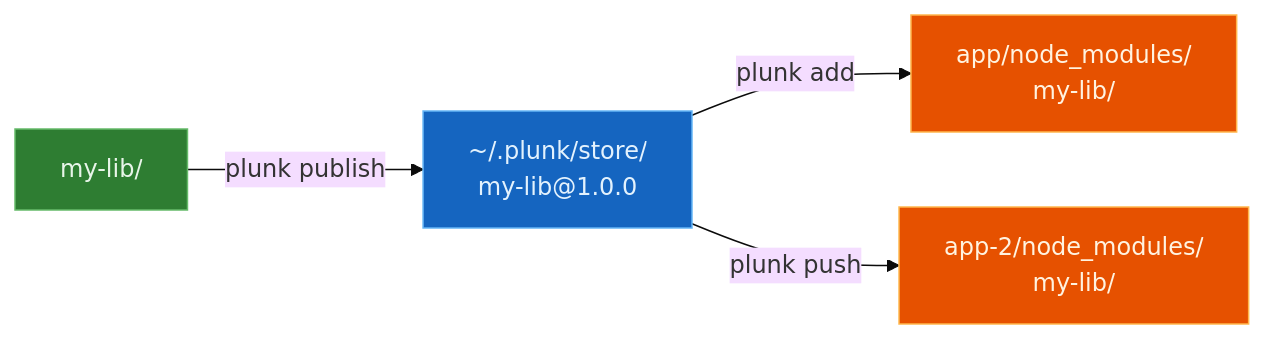
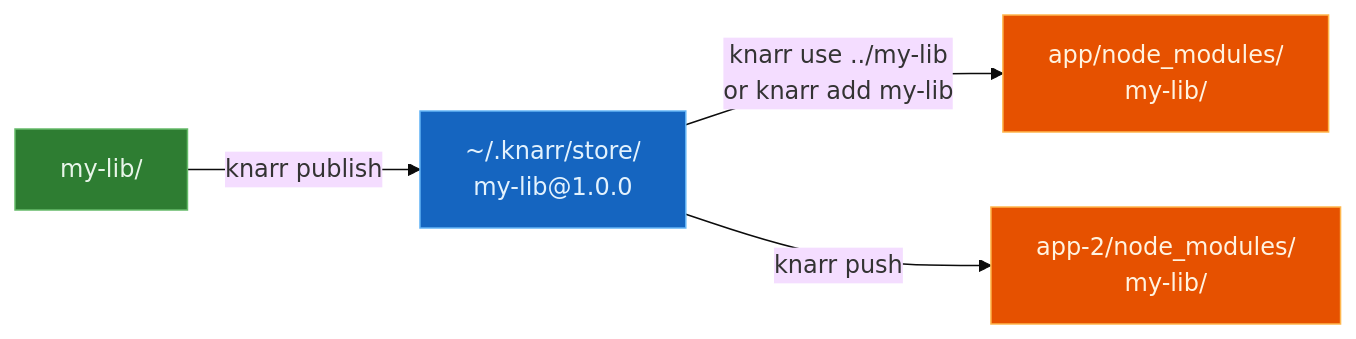
Before and after one commit to oleg-kuibar/plunk: the diagram in README.md, drawn with Mermaid (base theme). The commit also changed other lines of this file and 135 other files, not shown here.

````diff
--- a/README.md
+++ b/README.md
@@ -36,11 +84,11 @@
 ```mermaid
 graph LR
-    A["my-lib/"] -- "plunk publish" --> B["~/.plunk/store/<br/>my-lib@1.0.0"]
-    B -- "plunk add" --> C["app/node_modules/<br/>my-lib/"]
-    B -- "plunk push" --> D["app-2/node_modules/<br/>my-lib/"]
+    A["my-lib/"] -- "knarr publish" --> B["~/.knarr/store/<br/>my-lib@1.0.0"]
+    B -- "knarr use ../my-lib<br/>or knarr add my-lib" --> C["app/node_modules/<br/>my-lib/"]
+    B -- "knarr push" --> D["app-2/node_modules/<br/>my-lib/"]
 
     style A fill:#2e7d32,stroke:#66bb6a,color:#e8f5e9
     style B fill:#1565c0,stroke:#64b5f6,color:#e3f2fd
     style C fill:#e65100,stroke:#ffb74d,color:#fff3e0
     style D fill:#e65100,stroke:#ffb74d,color:#fff3e0
 ```
````
